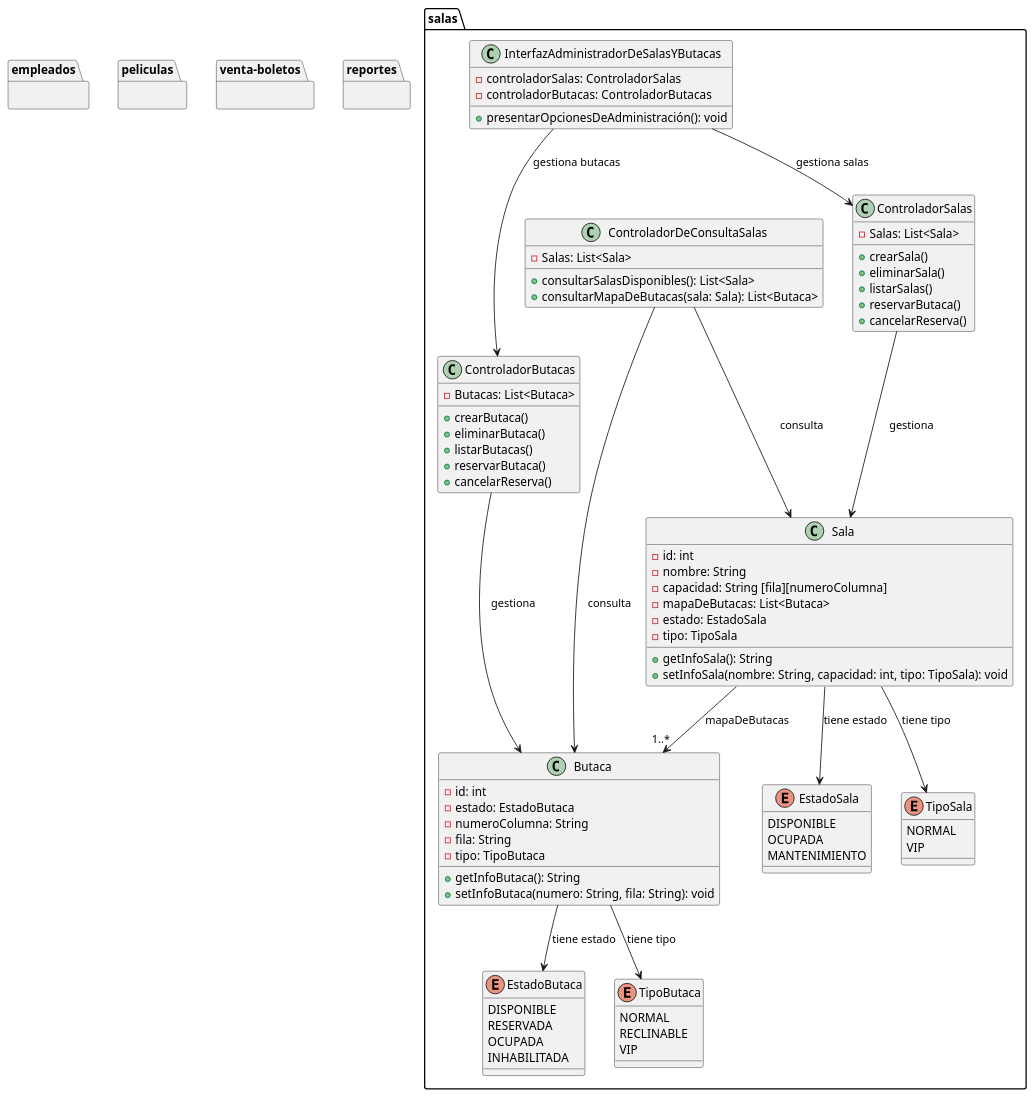
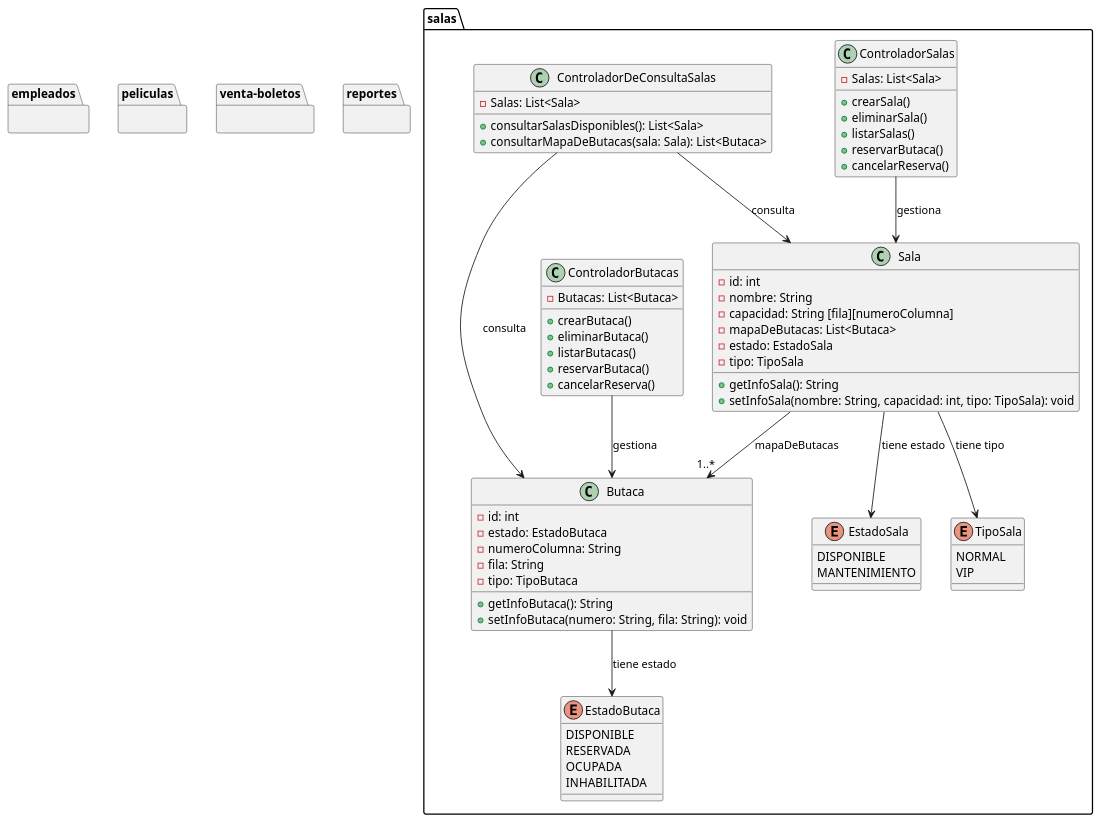
Before and after one commit to CineMax-Diseno-De-Software-GR3SW/CineMax: the diagram in Documentacion/Diagramas/General_DiagramaDeClases.plantuml, drawn with PlantUML. The commit also changed 2 other files, not shown here.

Commit message:
Cambio en estado de salas

```diff
--- a/Documentacion/Diagramas/General_DiagramaDeClases.plantuml
+++ b/Documentacion/Diagramas/General_DiagramaDeClases.plantuml
@@ -1,116 +1,103 @@
 @startuml General_DiagramaDeClases
 
 package empleados {
 
 }
 
 
 package peliculas {
 
 }
 
 package salas {
 ' Enumeraciones
     enum EstadoSala {
         DISPONIBLE
-        OCUPADA
         MANTENIMIENTO
     }
 
     enum TipoSala {
         NORMAL
         VIP
     }
 
     enum EstadoButaca {
         DISPONIBLE
         RESERVADA
         OCUPADA
         INHABILITADA
     }
 
-    enum TipoButaca {
-        NORMAL
-        RECLINABLE
-        VIP
-    }
+
 
     ' Clases principales
     class Sala {
         - id: int
         - nombre: String
         - capacidad: String [fila][numeroColumna]
         - mapaDeButacas: List<Butaca>
         - estado: EstadoSala
         - tipo: TipoSala
         + getInfoSala(): String
         + setInfoSala(nombre: String, capacidad: int, tipo: TipoSala): void
     }
 
     class Butaca {
         - id: int
         - estado: EstadoButaca
         - numeroColumna: String
         - fila: String
         - tipo: TipoButaca
         + getInfoButaca(): String
         + setInfoButaca(numero: String, fila: String): void
     }
 
     ' Controladores
     class ControladorSalas {
         - Salas: List<Sala>
         + crearSala()
         + eliminarSala()
         + listarSalas()
         + reservarButaca()
         + cancelarReserva()
     }
 
     class ControladorButacas {
         - Butacas: List<Butaca>
         + crearButaca()
         + eliminarButaca()
         + listarButacas()
         + reservarButaca()
         + cancelarReserva()
     }
 
     class ControladorDeConsultaSalas {
         - Salas: List<Sala>
         + consultarSalasDisponibles(): List<Sala>
         + consultarMapaDeButacas(sala: Sala): List<Butaca>
     }
 
-    class InterfazAdministradorDeSalasYButacas {
-        - controladorSalas: ControladorSalas
-        - controladorButacas: ControladorButacas
-        + presentarOpcionesDeAdministración(): void
-    }
-
+ 
     ' Relaciones
-    InterfazAdministradorDeSalasYButacas --> ControladorSalas : gestiona salas
-    InterfazAdministradorDeSalasYButacas --> ControladorButacas : gestiona butacas
 
     ControladorSalas --> Sala : gestiona
     ControladorButacas --> Butaca : gestiona
     ControladorDeConsultaSalas --> Sala : consulta
     ControladorDeConsultaSalas --> Butaca : consulta
 
     Sala --> EstadoSala : tiene estado
     Sala --> TipoSala : tiene tipo
     Sala --> "1..*" Butaca : mapaDeButacas
 
     Butaca --> EstadoButaca : tiene estado
-    Butaca --> TipoButaca : tiene tipo
 }
 
 package venta-boletos {
 
 }
 
 package reportes {
 
 }
 
 @enduml
```
